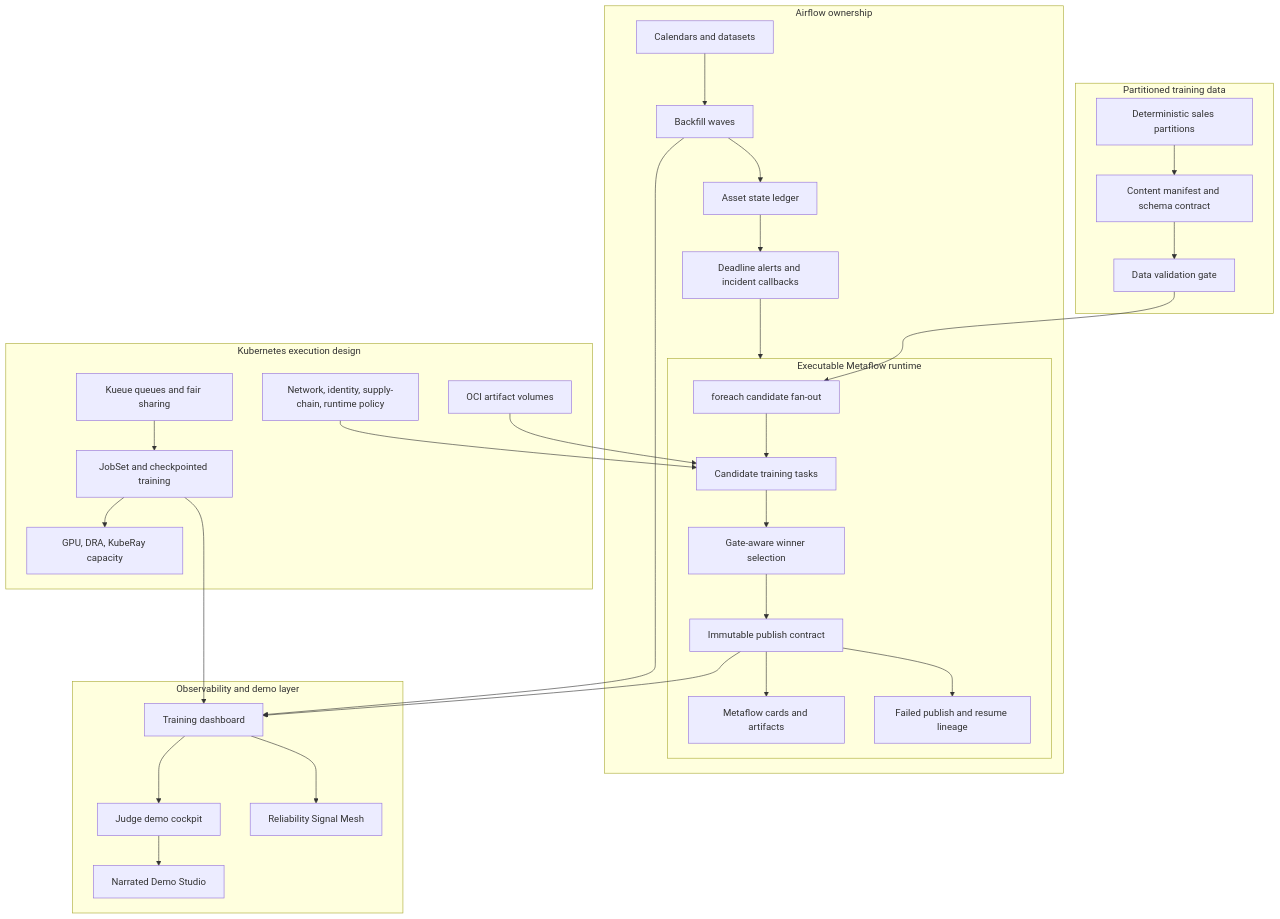
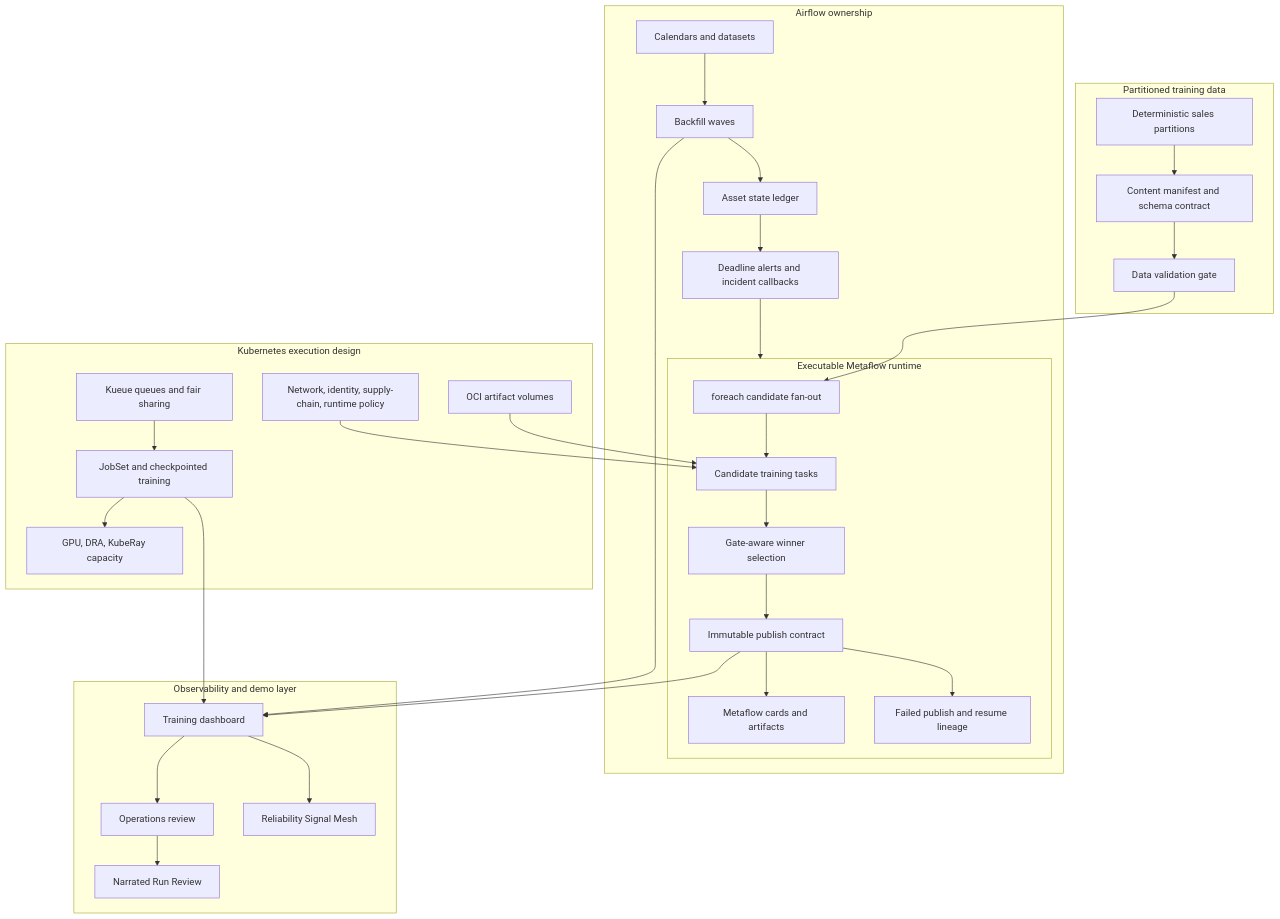
Before and after one commit to kevinmeix1/metaflow-airflow-training-platform: the diagram in docs/study-guide.md, drawn with Mermaid. The commit also changed other lines of this file and 33 other files, not shown here.

````diff
--- a/docs/study-guide.md
+++ b/docs/study-guide.md
@@ -7,39 +9,39 @@
 ```mermaid
 flowchart TB
   subgraph DATA["Partitioned training data"]
     SALES["Deterministic sales partitions"] --> MANIFEST["Content manifest and schema contract"]
     MANIFEST --> VALIDATE["Data validation gate"]
   end
 
   subgraph META["Executable Metaflow runtime"]
     VALIDATE --> FOREACH["foreach candidate fan-out"]
     FOREACH --> TRAIN["Candidate training tasks"]
     TRAIN --> SELECT["Gate-aware winner selection"]
     SELECT --> PUBLISH["Immutable publish contract"]
     PUBLISH --> CARDS["Metaflow cards and artifacts"]
     PUBLISH --> RESUME["Failed publish and resume lineage"]
   end
 
   subgraph AIRFLOW["Airflow ownership"]
     SCHEDULE["Calendars and datasets"] --> BACKFILL["Backfill waves"]
     BACKFILL --> ASSET["Asset state ledger"]
     ASSET --> CALLBACK["Deadline alerts and incident callbacks"]
     CALLBACK --> META
   end
 
   subgraph K8S["Kubernetes execution design"]
     KUEUE["Kueue queues and fair sharing"] --> JOBSET["JobSet and checkpointed training"]
     JOBSET --> GPU["GPU, DRA, KubeRay capacity"]
     OCI["OCI artifact volumes"] --> TRAIN
     POLICY["Network, identity, supply-chain, runtime policy"] --> TRAIN
   end
 
   subgraph UI["Observability and demo layer"]
     PUBLISH --> DASH["Training dashboard"]
     BACKFILL --> DASH
     JOBSET --> DASH
-    DASH --> COCKPIT["Judge demo cockpit"]
+    DASH --> COCKPIT["Operations review"]
     DASH --> MESH["Reliability Signal Mesh"]
-    COCKPIT --> NARRATED["Narrated Demo Studio"]
+    COCKPIT --> NARRATED["Narrated Run Review"]
   end
 ```
````
